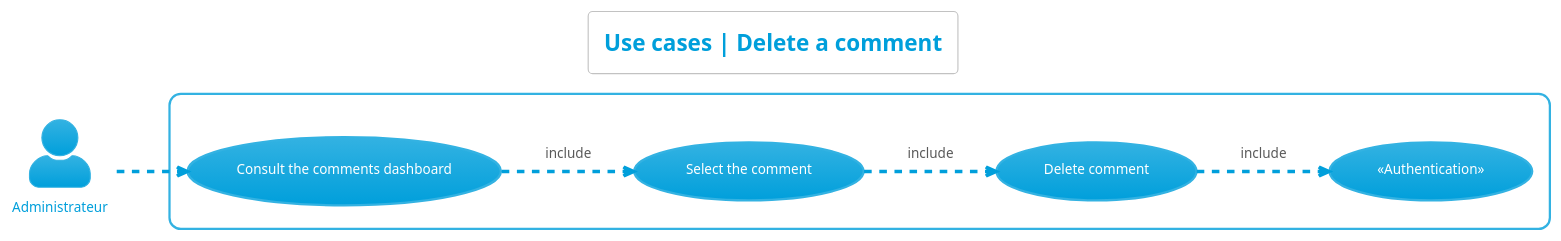
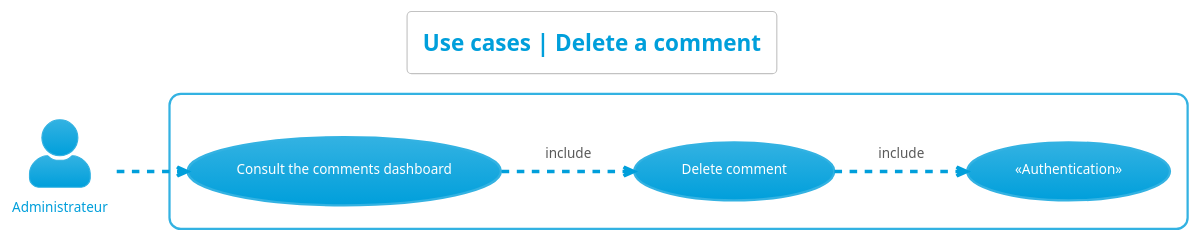
The diagram in 1_project_design/uml_diagrams/use_cases/comments/delete_comment/delete_comment.plantuml (sebastien-d-me/SebBlog), drawn with PlantUML before and after one commit. The commit also changed 59 other files, not shown here.

First line of the commit message:
📝 Update the diagrams

```diff
--- a/1_project_design/uml_diagrams/use_cases/comments/delete_comment/delete_comment.plantuml
+++ b/1_project_design/uml_diagrams/use_cases/comments/delete_comment/delete_comment.plantuml
@@ -1,29 +1,27 @@
 @startuml use_cases__delete_comment
 left to right direction
 skinparam actorStyle Awesome
 !theme bluegray
 skinparam backgroundcolor White
 
 'Titre'
 title Use cases | Delete a comment
 
 'Acteur'
 actor "Administrateur" as Administrateur
 
 'Rectangle'
 rectangle {
     'Authentification'
     "«Authentication»" as (Authentification)
 
     'Administrateur'
     "Consult the comments dashboard" as (ConsulterTDBCommentaires)
-    "Select the comment" as (SelectionnerCommentaire)
     "Delete comment" as (SupprimerCommentaire)
 
     'Déroulement'
     :Administrateur: -.> (ConsulterTDBCommentaires)
-    (ConsulterTDBCommentaires) -.> (SelectionnerCommentaire) : include
-    (SelectionnerCommentaire) -.> (SupprimerCommentaire) : include
+    (ConsulterTDBCommentaires) -.> (SupprimerCommentaire) : include
     (SupprimerCommentaire) -.> (Authentification) : include
 }
 @enduml
```
